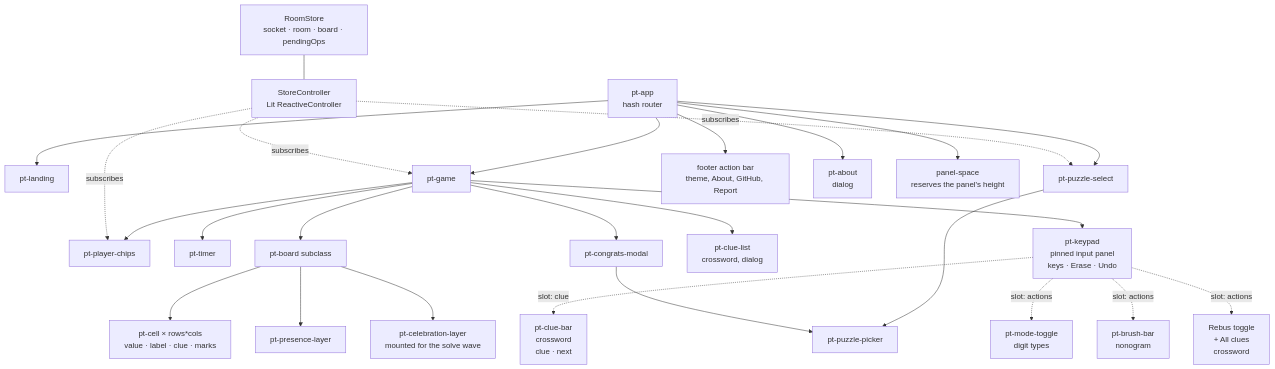
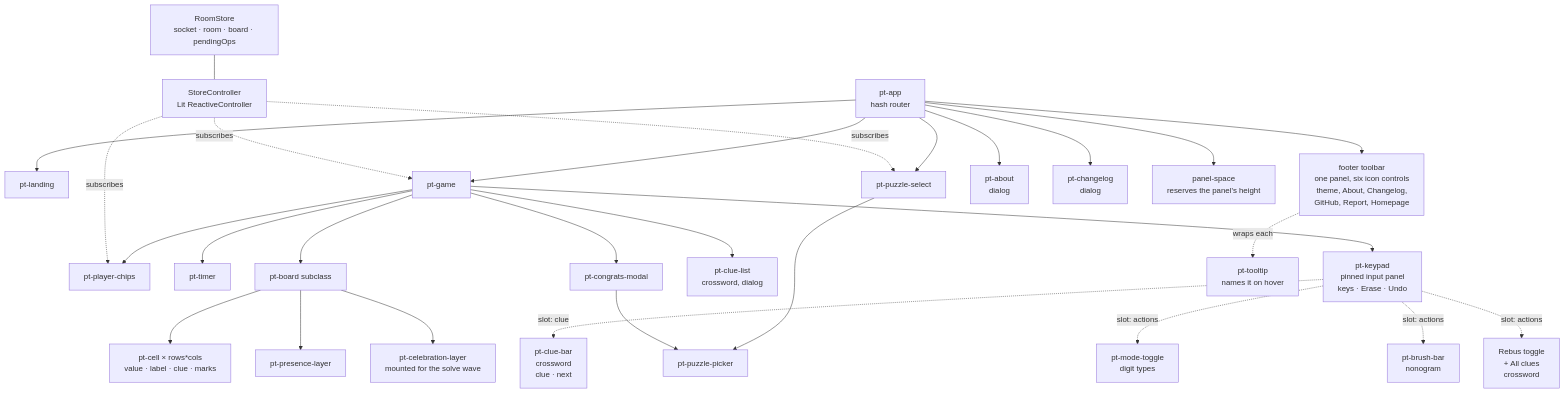
The sixth of 6 diagrams in docs/architecture.md (nikhilasm/puzzletogether), drawn with Mermaid before and after one commit. The commit also changed 22 other files, not shown here.

````diff
--- a/docs/architecture.md
+++ b/docs/architecture.md
@@ -217,36 +217,38 @@
 ```mermaid
 flowchart TB
     APP["pt-app<br/>hash router"]
     APP --> LAND["pt-landing"]
     APP --> SEL["pt-puzzle-select"]
     APP --> GAME["pt-game"]
 
     GAME --> CHIPS["pt-player-chips"]
     GAME --> TIMER["pt-timer"]
     GAME --> BOARD["pt-board subclass"]
     GAME --> KEYPAD["pt-keypad<br/>pinned input panel<br/>keys · Erase · Undo"]
     GAME --> CLUELIST["pt-clue-list<br/>crossword, dialog"]
     GAME --> MODAL["pt-congrats-modal"]
 
     KEYPAD -. "slot: clue" .-> CLUEBAR["pt-clue-bar<br/>crossword<br/>clue · next"]
     KEYPAD -. "slot: actions" .-> MODE["pt-mode-toggle<br/>digit types"]
     KEYPAD -. "slot: actions" .-> BRUSH["pt-brush-bar<br/>nonogram"]
     KEYPAD -. "slot: actions" .-> REBUS["Rebus toggle<br/>+ All clues<br/>crossword"]
 
-    APP --> THEMESW["footer action bar<br/>theme, About, GitHub, Report"]
+    APP --> BAR["footer toolbar<br/>one panel, six icon controls<br/>theme, About, Changelog,<br/>GitHub, Report, Homepage"]
+    BAR -. wraps each .-> TIP["pt-tooltip<br/>names it on hover"]
     APP --> ABOUT["pt-about<br/>dialog"]
+    APP --> CHANGES["pt-changelog<br/>dialog"]
     APP --> SPACE["panel-space<br/>reserves the panel's height"]
     SEL --> PICKER["pt-puzzle-picker"]
     MODAL --> PICKER
 
     BOARD --> CELL["pt-cell × rows*cols<br/>value · label · clue · marks"]
     BOARD --> PRES["pt-presence-layer"]
     BOARD --> CELEB["pt-celebration-layer<br/>mounted for the solve wave"]
 
     STORE["RoomStore<br/>socket · room · board · pendingOps"]
     CTRL["StoreController<br/>Lit ReactiveController"]
     STORE --- CTRL
     CTRL -. subscribes .-> GAME
     CTRL -. subscribes .-> SEL
     CTRL -. subscribes .-> CHIPS
 ```
````
